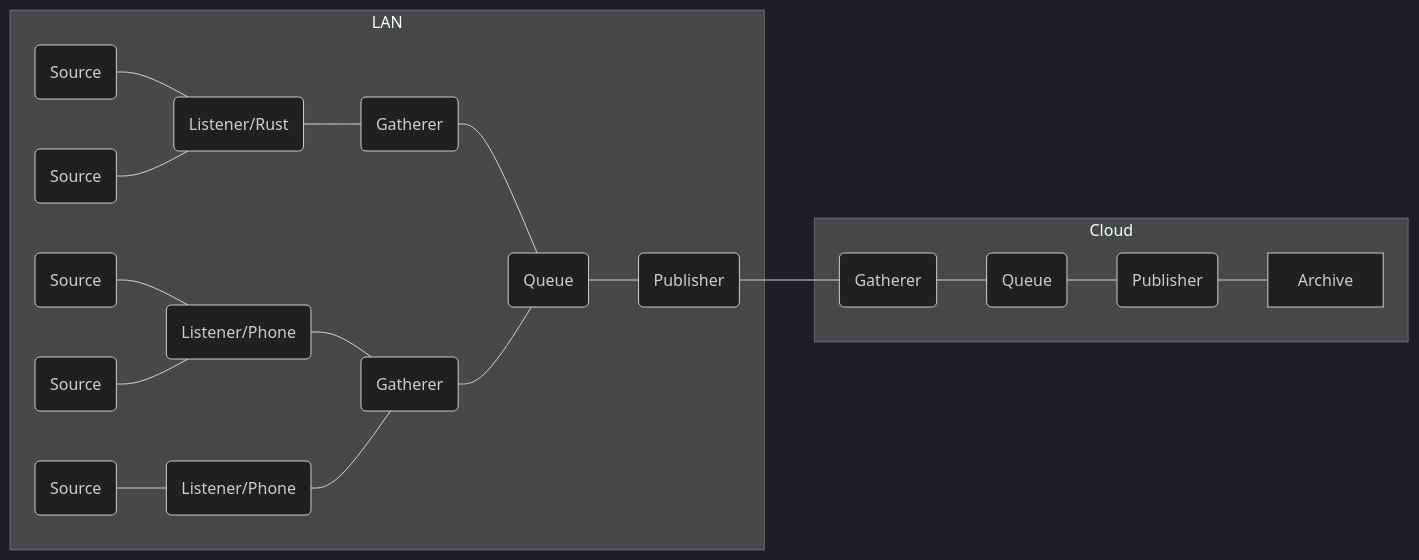
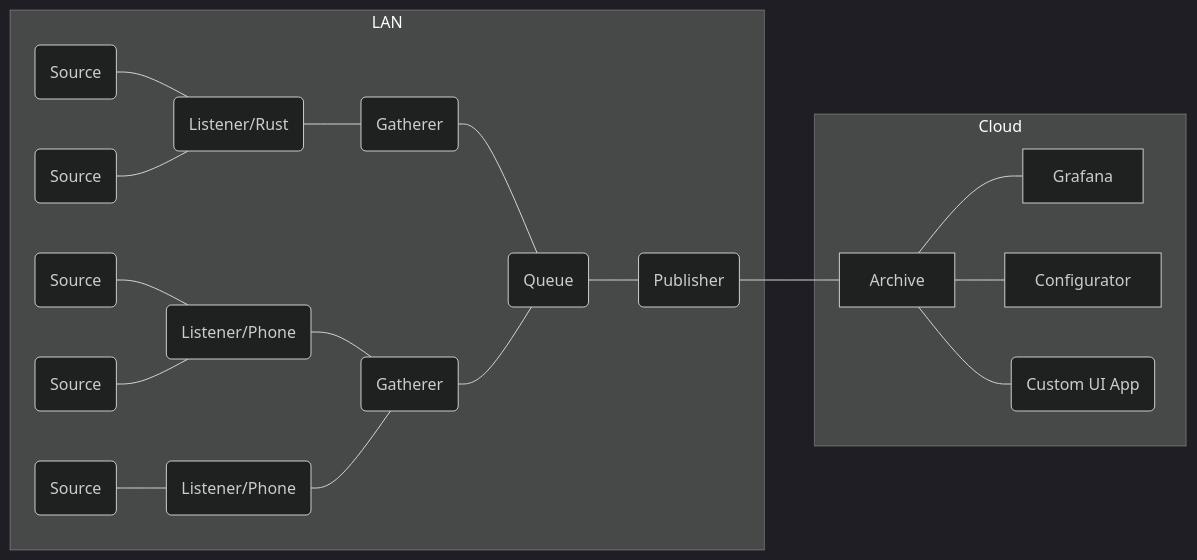
Before and after one commit to unkhz/ruuvipuserrin: the first of 2 diagrams in README.md, drawn with Mermaid (dark theme). The commit also changed other lines of this file, not shown here.

````diff
--- a/README.md
+++ b/README.md
@@ -64,22 +67,22 @@
 ```mermaid
 graph LR
     subgraph LAN
         Listener(Listener/Rust)---SG1(Gatherer)
         Phone1(Listener/Phone)---HG1(Gatherer)
         Phone2(Listener/Phone)---HG1(Gatherer)
         SG1---Redis1(Queue)
         HG1---Redis1(Queue)
         Redis1---Publisher1(Publisher)
         Tag3(Source)---Phone1
         Tag4(Source)---Phone1
         Tag5(Source)---Phone2
         Tag1(Source)---Listener
         Tag2(Source)---Listener
     end
     subgraph Cloud
-        Publisher1---Gatherer2(Gatherer)
-        Gatherer2---Redis2(Queue)
-        Redis2---Publisher2(Publisher)
-        Publisher2---Archive
+        Publisher1---Archive
+        Archive---Grafana
+        Archive---Configurator
+        Archive---UI(Custom UI App)
     end
 ```
````
